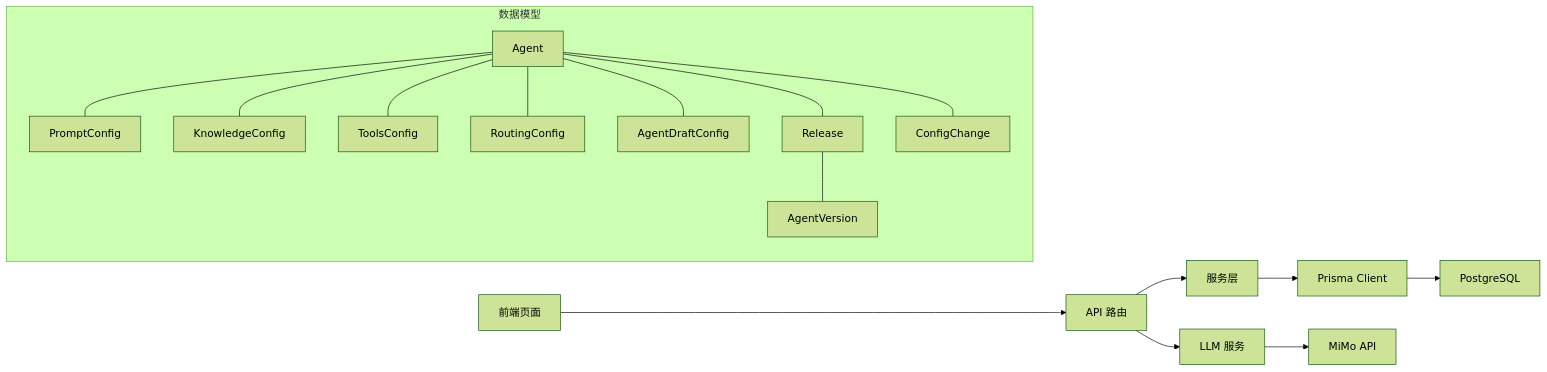
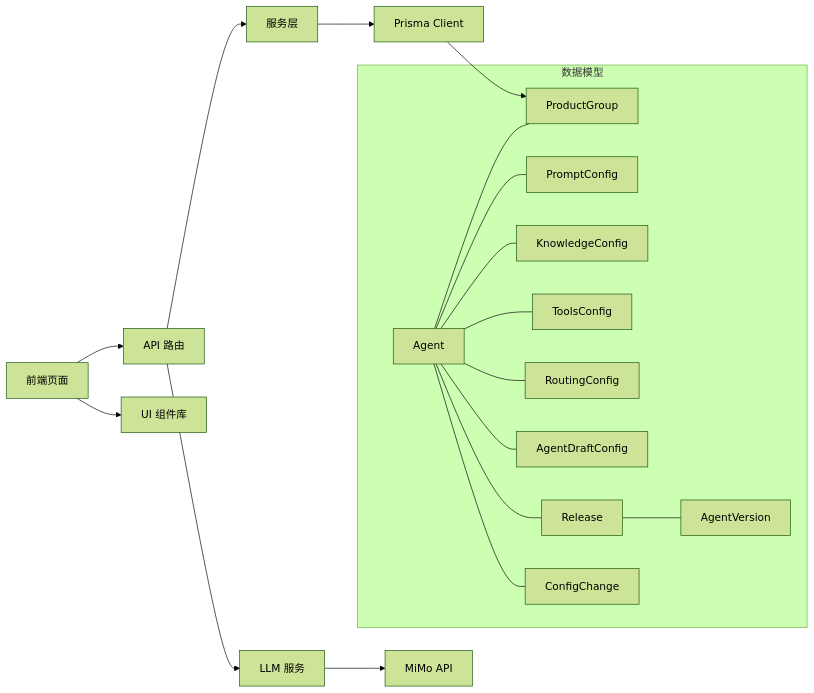
Before and after one commit to ai-guru-global/agent-up: the fifth of 5 diagrams in .qoder/repowiki/zh/content/功能模块/Agent 管理.md, drawn with Mermaid (forest theme). The commit also changed other lines of this file and 13 other files, not shown here.

````diff
--- a/.qoder/repowiki/zh/content/功能模块/Agent 管理.md
+++ b/.qoder/repowiki/zh/content/功能模块/Agent 管理.md
@@ -507,28 +455,31 @@
 ```mermaid
 graph LR
 FE["前端页面"] --> API["API 路由"]
+FE --> UI["UI 组件库"]
 API --> SVC["服务层"]
 API --> LLM["LLM 服务"]
 SVC --> PRISMA["Prisma Client"]
 PRISMA --> PG["PostgreSQL"]
 LLM --> MIMO["MiMo API"]
 subgraph "数据模型"
 AG["Agent"]
 PC["PromptConfig"]
 KC["KnowledgeConfig"]
 TC["ToolsConfig"]
 RC["RoutingConfig"]
 DC["AgentDraftConfig"]
 RL["Release"]
 AV["AgentVersion"]
 CC["ConfigChange"]
+PG["ProductGroup"]
 end
 AG --- PC
 AG --- KC
 AG --- TC
 AG --- RC
 AG --- DC
 AG --- RL
 RL --- AV
 AG --- CC
+AG --- PG
 ```
````
